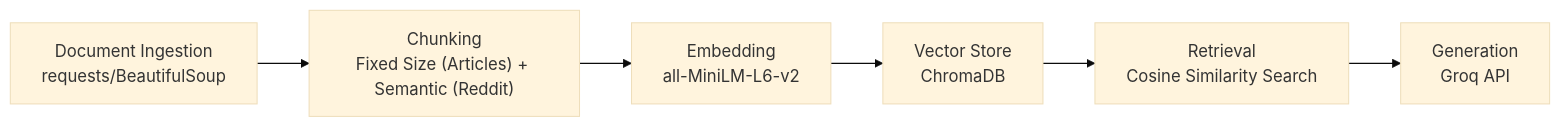
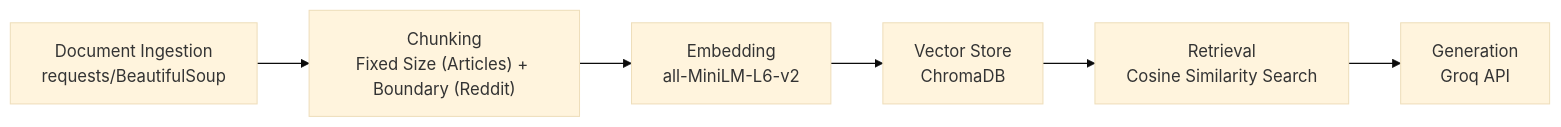
Before and after one commit to nithila-sadheesh/ai201-project1-unofficial-guide-starter: the diagram in planning.md, drawn with Mermaid (base theme). The commit also changed other lines of this file and 10 other files, not shown here.

````diff
--- a/planning.md
+++ b/planning.md
@@ -113,12 +112,12 @@
 ```mermaid
 flowchart LR
-    A["Document Ingestion<br/>requests/BeautifulSoup"] --> B["Chunking<br/>Fixed Size (Articles) + Semantic (Reddit)"]
+    A["Document Ingestion<br/>requests/BeautifulSoup"] --> B["Chunking<br/>Fixed Size (Articles) + Boundary (Reddit)"]
     
-    B --> C[Embedding<br/>all-MiniLM-L6-v2]
+    B --> C["Embedding<br/>all-MiniLM-L6-v2"]
 
-    C --> D[Vector Store<br/>ChromaDB]
+    C --> D["Vector Store<br/>ChromaDB"]
 
-    D --> E[Retrieval<br/>Cosine Similarity Search]
+    D --> E["Retrieval<br/>Cosine Similarity Search"]
 
-    E --> F[Generation<br/>Groq API]
+    E --> F["Generation<br/>Groq API"]
 ```
````
